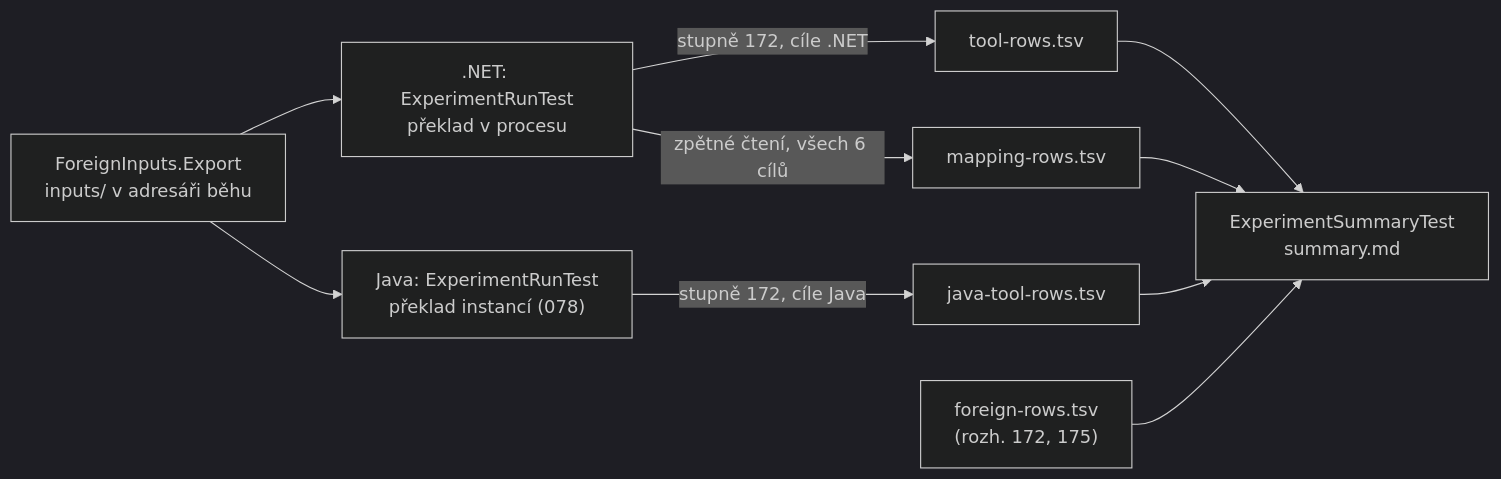
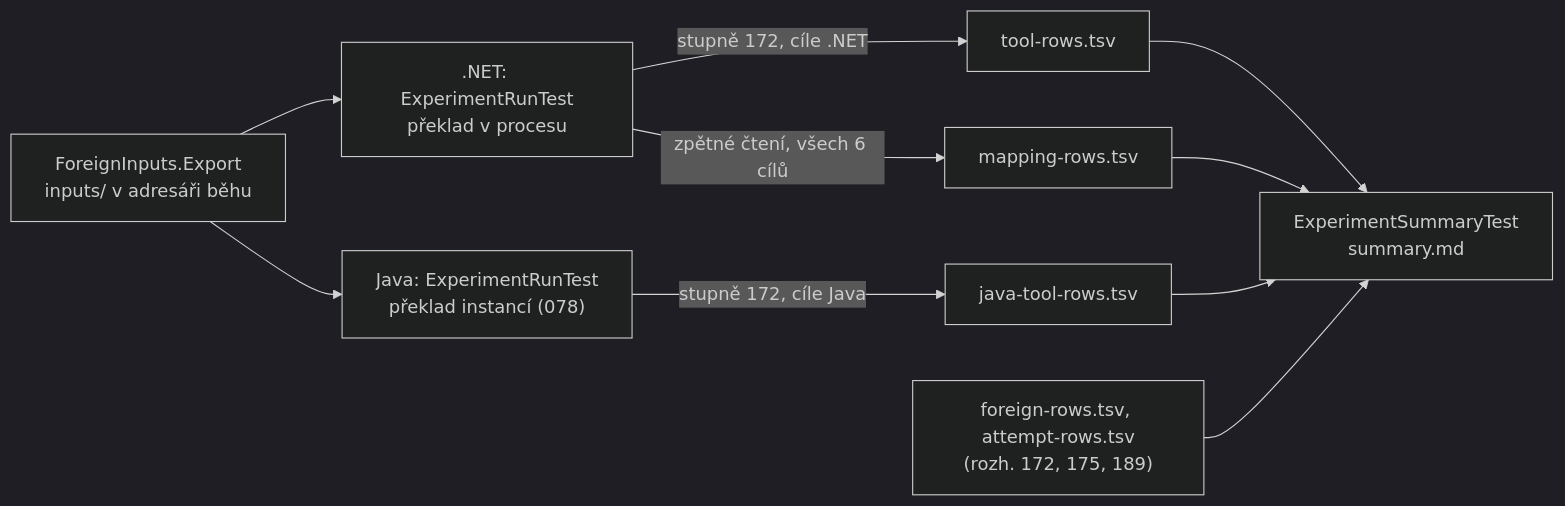
Before and after one commit to MiraStochel/orm-convertor: diagram 17 of 20 in docs/architecture.md, drawn with Mermaid (dark theme). The commit also changed other lines of this file and 15 other files, not shown here.

````diff
--- a/docs/architecture.md
+++ b/docs/architecture.md
@@ -1129,10 +1129,10 @@
 ```mermaid
 flowchart LR
   E["ForeignInputs.Export<br/>inputs/ v adresáři běhu"] --> N[".NET: ExperimentRunTest<br/>překlad v procesu"]
   E --> J["Java: ExperimentRunTest<br/>překlad instancí (078)"]
   N -- "stupně 172, cíle .NET" --> R1["tool-rows.tsv"]
   N -- "zpětné čtení, všech 6 cílů" --> R2["mapping-rows.tsv"]
   J -- "stupně 172, cíle Java" --> R3["java-tool-rows.tsv"]
   R1 & R2 & R3 --> S["ExperimentSummaryTest<br/>summary.md"]
-  F["foreign-rows.tsv<br/>(rozh. 172, 175)"] --> S
+  F["foreign-rows.tsv, attempt-rows.tsv<br/>(rozh. 172, 175, 189)"] --> S
 ```
````
